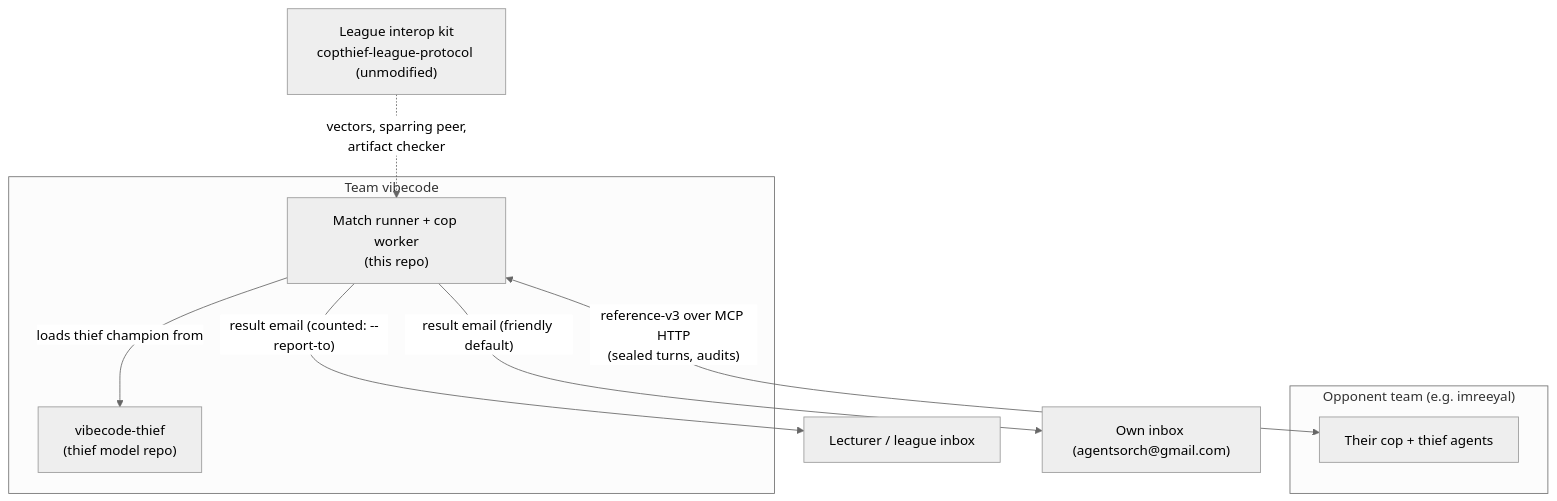
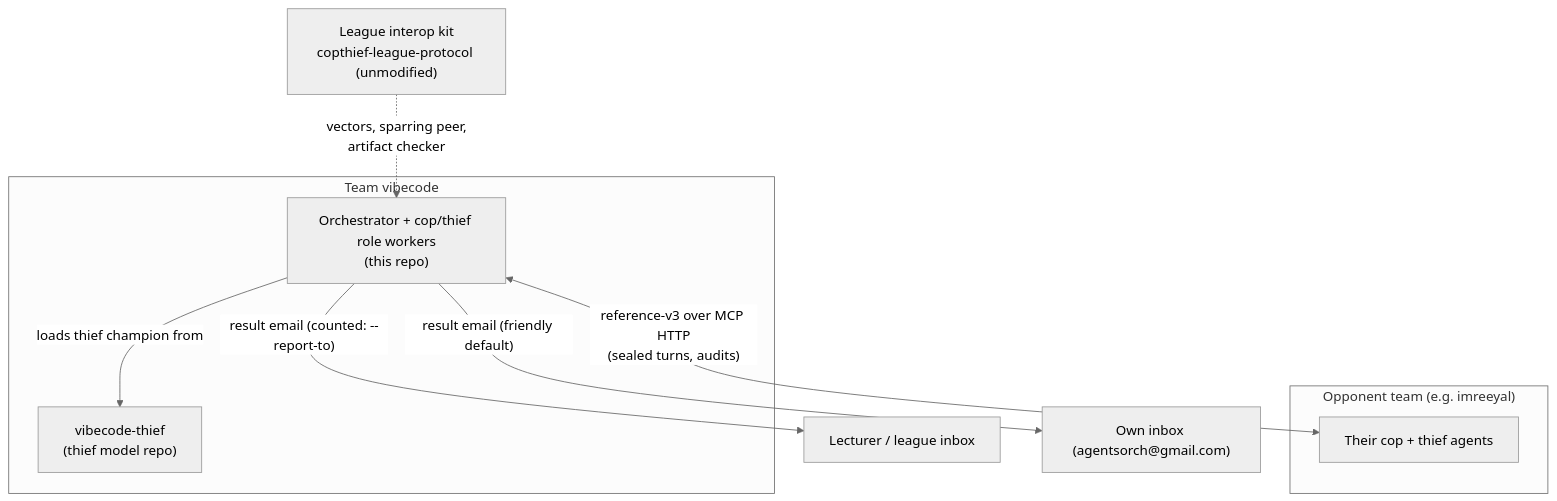
One commit to AmitKuper/vibecode-cop changed the first of 4 diagrams in docs/DESIGN.md. Above: the diagram before and after it, drawn with Mermaid (neutral theme). The commit also changed other lines of this file and 25 other files, not shown here.

````diff
--- a/docs/DESIGN.md
+++ b/docs/DESIGN.md
@@ -14,15 +16,15 @@
 ```mermaid
 flowchart TB
     subgraph vibecode["Team vibecode"]
-        RUNNER["Match runner + cop worker<br/>(this repo)"]
+        RUNNER["Orchestrator + cop/thief role workers<br/>(this repo)"]
         THIEFREPO["vibecode-thief<br/>(thief model repo)"]
         RUNNER -->|loads thief champion from| THIEFREPO
     end
     subgraph opponent["Opponent team (e.g. imreeyal)"]
         OPPA["Their cop + thief agents"]
     end
     RUNNER <-->|"reference-v3 over MCP HTTP<br/>(sealed turns, audits)"| OPPA
     KIT["League interop kit<br/>copthief-league-protocol (unmodified)"] -.->|"vectors, sparring peer,<br/>artifact checker"| RUNNER
     RUNNER -->|"result email (counted: --report-to)"| LECT["Lecturer / league inbox"]
     RUNNER -->|"result email (friendly default)"| OWN["Own inbox (agentsorch@gmail.com)"]
 ```
````
